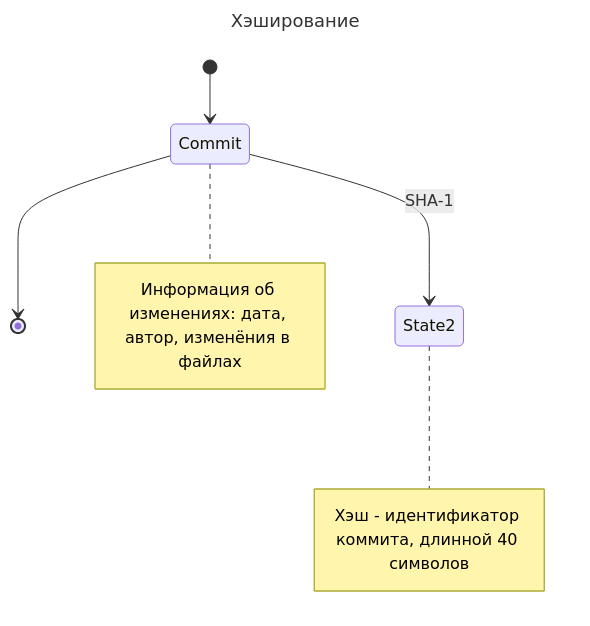
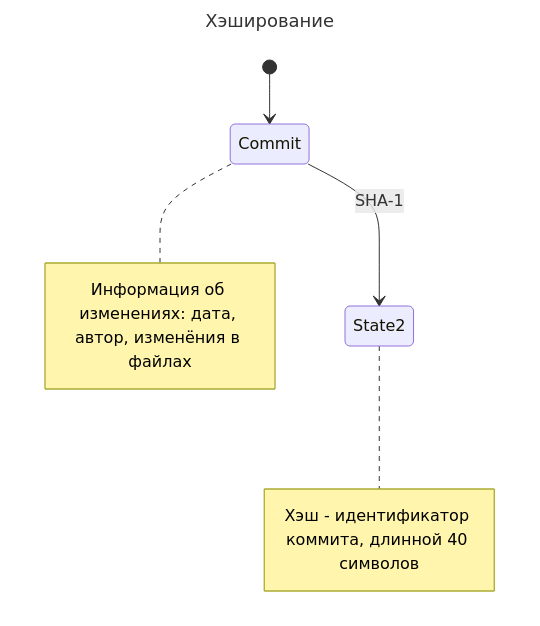
The third of 3 diagrams in README.md (a1ndreay/GitPracticum), drawn with Mermaid before and after one commit. The commit also changed other lines of this file and 1 other file, not shown here.

````diff
--- a/README.md
+++ b/README.md
@@ -75,18 +75,17 @@
 ```mermaid
 ---
 title: Хэширование
 ---
 stateDiagram-v2
     [*] --> State1
-    State1 --> [*]
 
     State1: Commit
     note right of State1
         Информация об изменениях: дата, автор, изменёния в файлах
     end note
     State1 --> State2: SHA-1
     note right of State2
         Хэш - идентификатор коммита, длинной 40 символов
     end note
 
 ```
````
